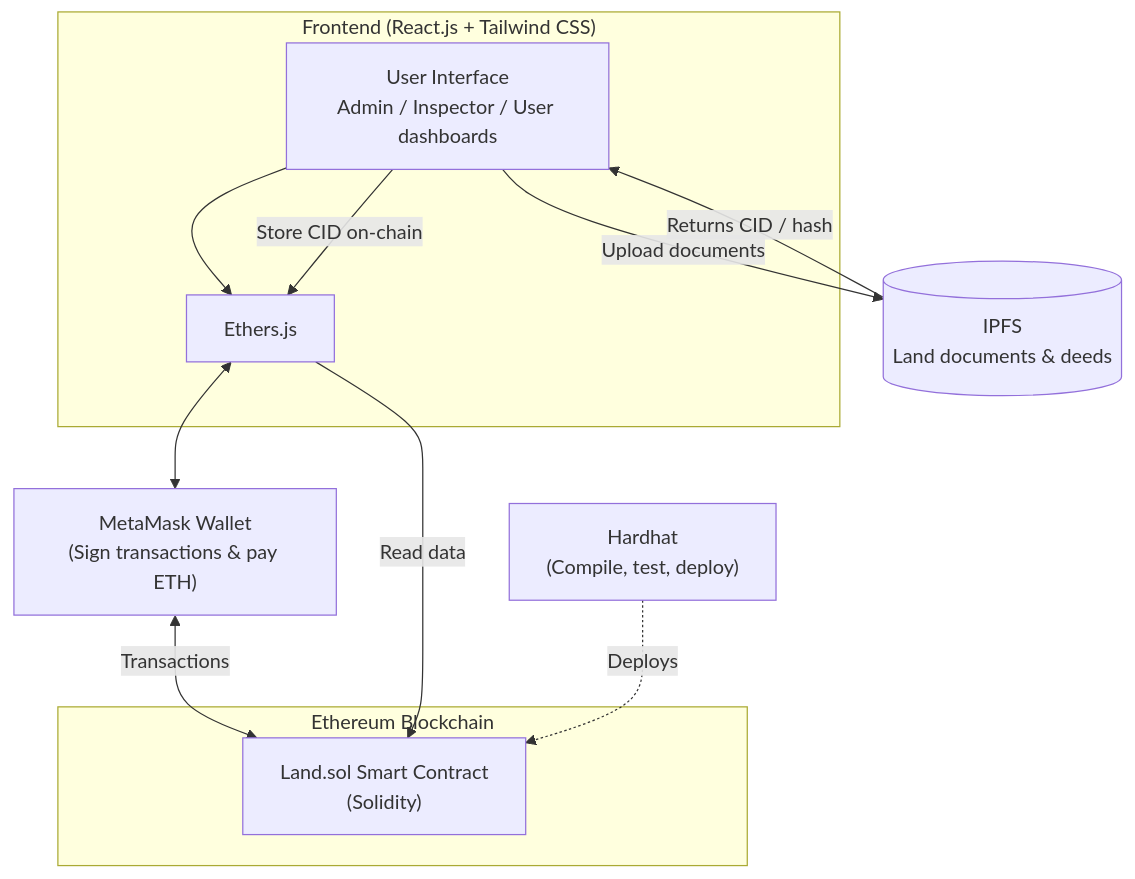
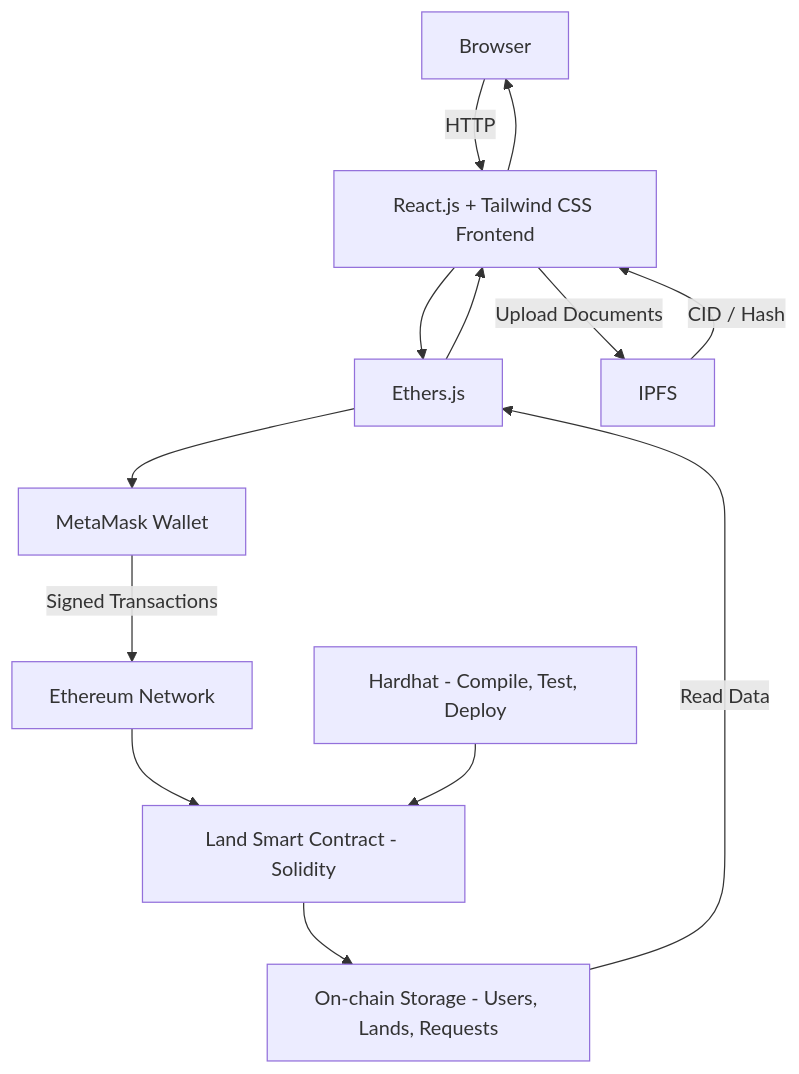
The first of 2 diagrams in README.md (beingzuhairkhan/LandRegistry), drawn with Mermaid before and after one commit. The commit also changed other lines of this file, not shown here.

First line of the commit message:
Enhance README with verification details and diagrams

````diff
--- a/README.md
+++ b/README.md
@@ -57,25 +58,15 @@
 ```mermaid
-flowchart TB
-    subgraph Client["Frontend (React.js + Tailwind CSS)"]
-        UI["User Interface<br/>Admin / Inspector / User dashboards"]
-        ETH["Ethers.js"]
-    end
-
-    MM["MetaMask Wallet<br/>(Sign transactions & pay ETH)"]
-
-    subgraph Chain["Ethereum Blockchain"]
-        SC["Land.sol Smart Contract<br/>(Solidity)"]
-    end
-
-    IPFS[("IPFS<br/>Land documents & deeds")]
-
-    UI --> ETH
-    ETH <--> MM
-    MM <-->|Transactions| SC
-    ETH -->|Read data| SC
-    UI -->|Upload documents| IPFS
-    IPFS -->|Returns CID / hash| UI
-    UI -->|Store CID on-chain| ETH
-
-    HH["Hardhat<br/>(Compile, test, deploy)"] -.->|Deploys| SC
+graph TD
+    A[Browser] -->|HTTP| B[React.js + Tailwind CSS Frontend]
+    B --> C[Ethers.js]
+    C --> D[MetaMask Wallet]
+    D -->|Signed Transactions| E[Ethereum Network]
+    E --> F[Land Smart Contract - Solidity]
+    F --> G[On-chain Storage - Users, Lands, Requests]
+    G -->|Read Data| C
+    B -->|Upload Documents| H[IPFS]
+    H -->|CID / Hash| B
+    I[Hardhat - Compile, Test, Deploy] --> F
+    C --> B
+    B --> A
 ```
````
